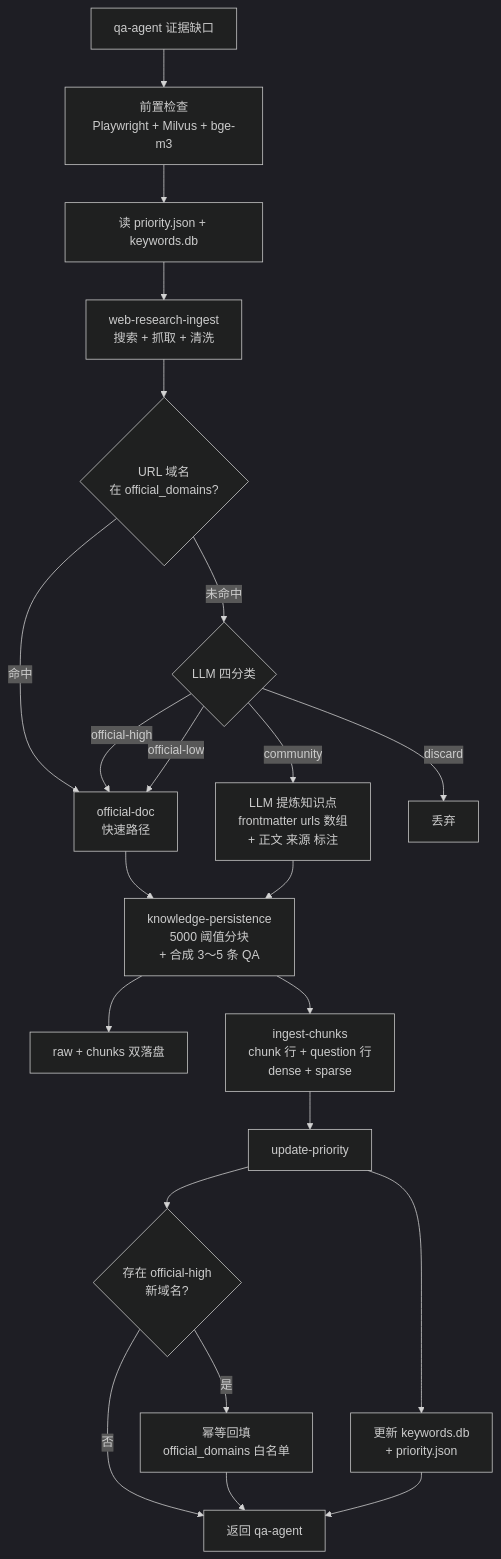
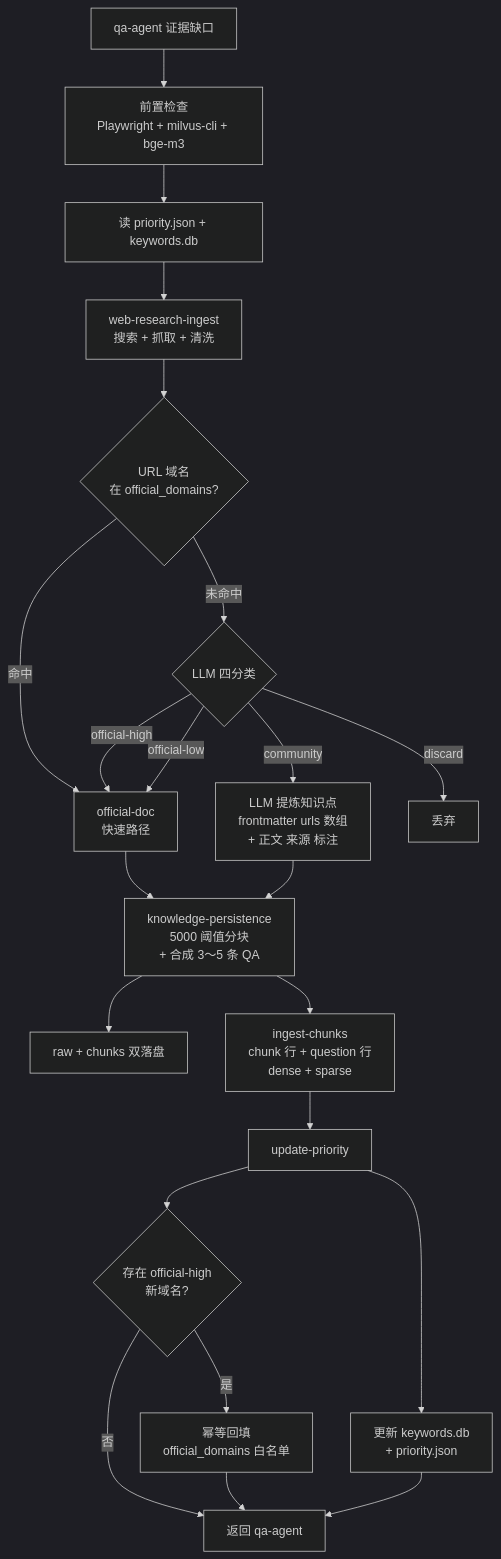
One commit to mengsi16/brain-base changed the third of 3 diagrams in README.md. Above: the diagram before and after it, drawn with Mermaid (dark theme). The commit also changed other lines of this file and 10 other files, not shown here.

````diff
--- a/README.md
+++ b/README.md
@@ -167,24 +167,24 @@
 ```mermaid
 flowchart TD
-    GAP[qa-agent 证据缺口] --> PRE[前置检查<br/>Playwright + Milvus + bge-m3]
+    GAP[qa-agent 证据缺口] --> PRE[前置检查<br/>Playwright + milvus-cli + bge-m3]
     PRE --> READ[读 priority.json + keywords.db]
     READ --> WRI[web-research-ingest<br/>搜索 + 抓取 + 清洗]
     WRI --> WL{URL 域名<br/>在 official_domains?}
     WL -->|命中| OD[official-doc<br/>快速路径]
     WL -->|未命中| LLM{LLM 四分类}
     LLM -->|official-high| OD
     LLM -->|official-low| OD
     LLM -->|community| EX[LLM 提炼知识点<br/>frontmatter urls 数组<br/>+ 正文 来源 标注]
     LLM -->|discard| X[丢弃]
     OD --> KP[knowledge-persistence<br/>5000 阈值分块<br/>+ 合成 3〜5 条 QA]
     EX --> KP
     KP --> DUAL[raw + chunks 双落盘]
     KP --> ING[ingest-chunks<br/>chunk 行 + question 行<br/>dense + sparse]
     ING --> UP[update-priority]
     UP --> KDB[更新 keywords.db<br/>+ priority.json]
     UP --> DOM{存在 official-high<br/>新域名?}
     DOM -->|是| WB[幂等回填<br/>official_domains 白名单]
     DOM -->|否| DONE[返回 qa-agent]
     WB --> DONE
     KDB --> DONE
 ```
````
